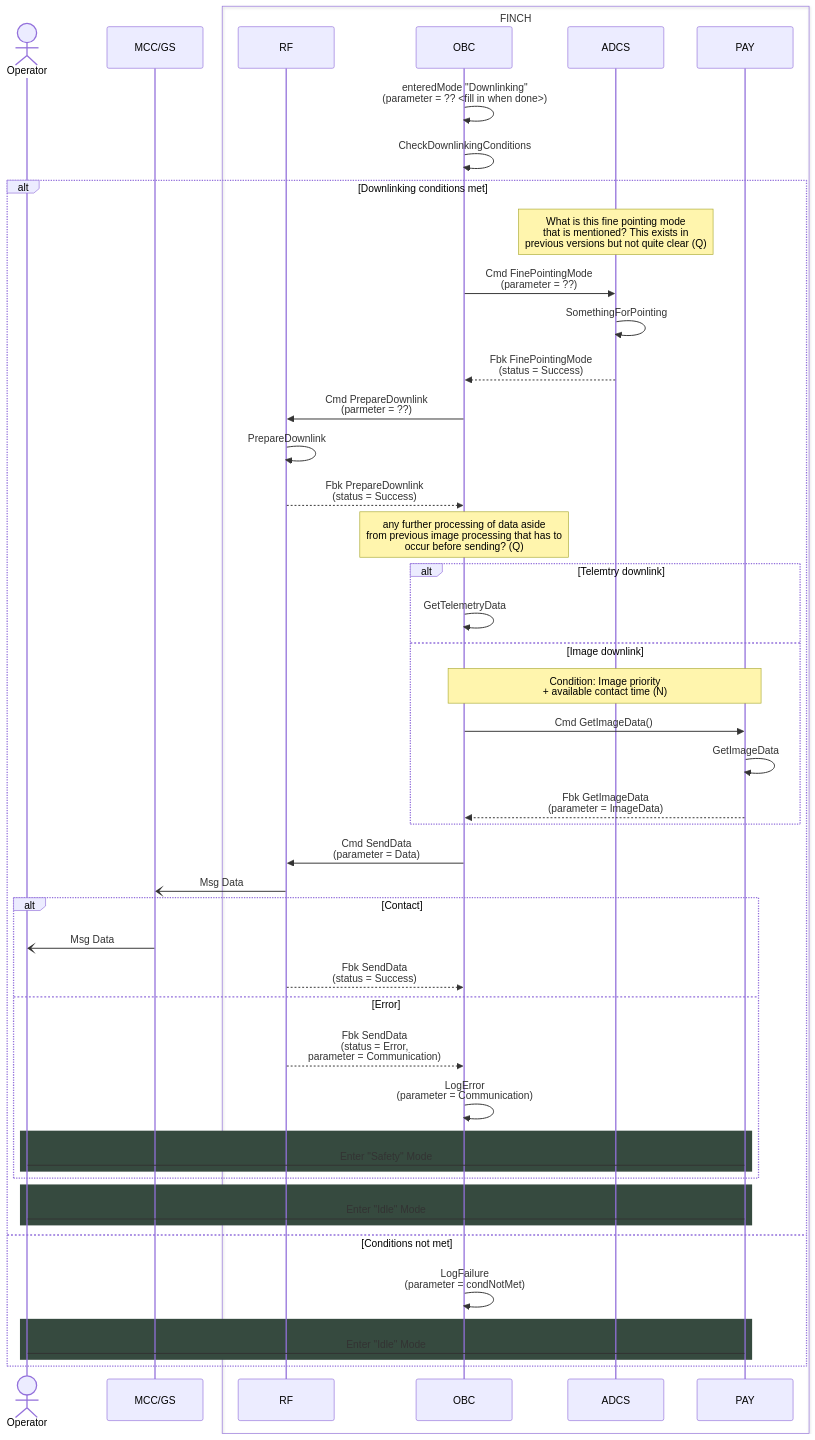
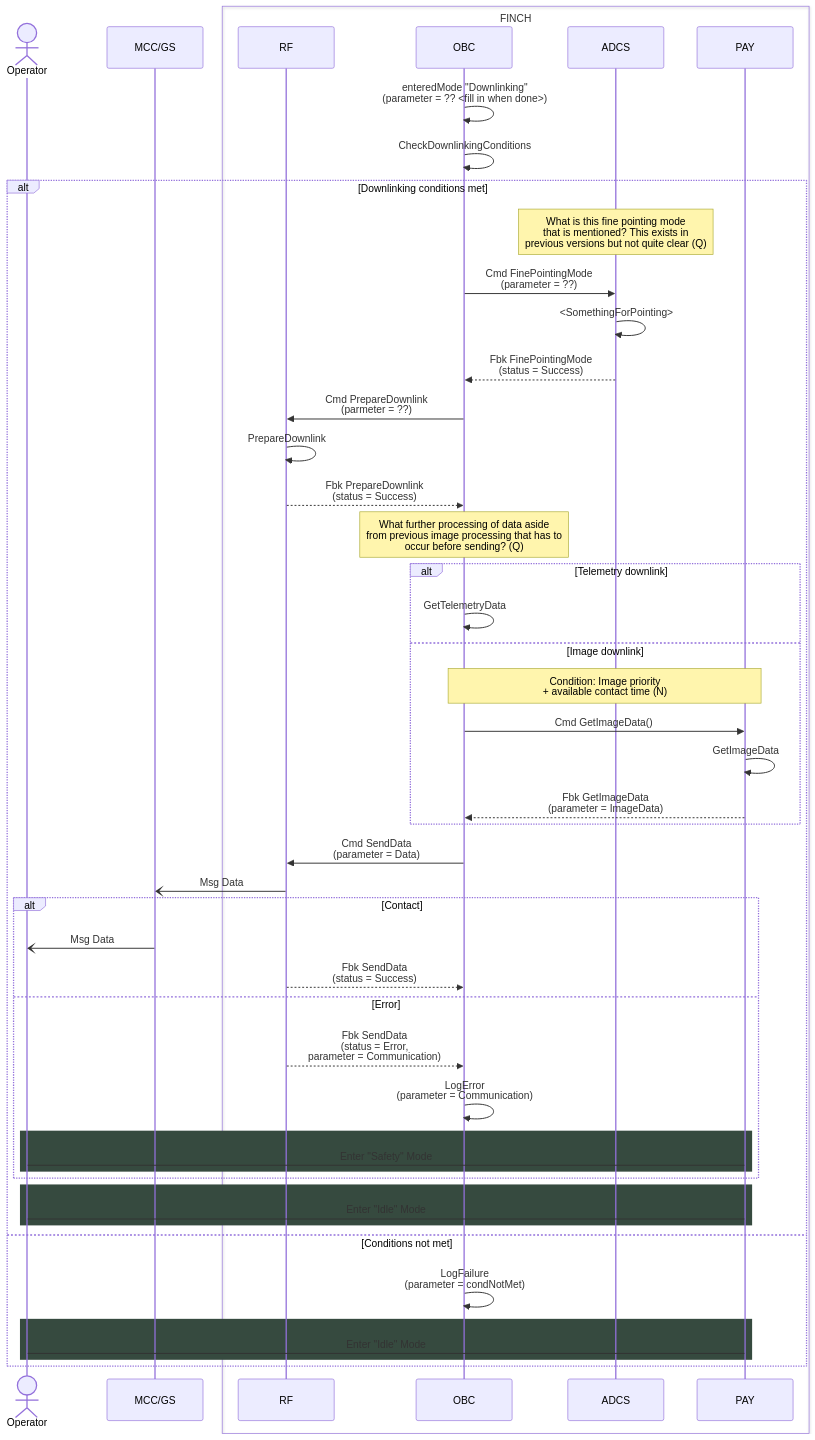
The diagram in command sequences/downlinking-command.md (Addy-lit/FINCH-system-architecture), drawn with Mermaid before and after one commit.

````diff
--- a/command sequences/downlinking-command.md
+++ b/command sequences/downlinking-command.md
@@ -2,60 +2,60 @@
 ```mermaid
 
 sequenceDiagram
 
     actor Operator
     participant MCC/GS
     box FINCH
         participant RF
         participant OBC
         participant ADCS
         participant PAY
     end
 
     OBC ->> OBC: enteredMode "Downlinking" <br> (parameter = ?? <fill in when done>)
     OBC ->> OBC: CheckDownlinkingConditions
 
     alt Downlinking conditions met
         note over ADCS: What is this fine pointing mode <br> that is mentioned? This exists in <br> previous versions but not quite clear (Q)
         OBC ->> ADCS: Cmd FinePointingMode <br> (parameter = ??)
-        ADCS ->> ADCS: SomethingForPointing
+        ADCS ->> ADCS: <SomethingForPointing>
         ADCS -->> OBC: Fbk FinePointingMode <br> (status = Success)
 
         OBC ->> RF: Cmd PrepareDownlink <br> (parmeter = ??)
         RF ->> RF: PrepareDownlink
         RF -->> OBC: Fbk PrepareDownlink <br> (status = Success)
 
-        note over OBC: any further processing of data aside <br> from previous image processing that has to <br> occur before sending? (Q)
-        alt Telemtry downlink
+        note over OBC: What further processing of data aside <br> from previous image processing that has to <br> occur before sending?  (Q)
+        alt Telemetry downlink
             OBC ->> OBC: GetTelemetryData
         else Image downlink
             note over OBC,PAY: Condition: Image priority <br> + available contact time (N)
             OBC ->> PAY: Cmd GetImageData()
             PAY ->> PAY: GetImageData
             PAY -->> OBC: Fbk GetImageData <br> (parameter = ImageData)
         end
 
         OBC ->> RF: Cmd SendData <br> (parameter = Data)
         RF -) MCC/GS: Msg Data
         alt Contact
             MCC/GS -) Operator: Msg Data
             RF -->> OBC: Fbk SendData <br> (status = Success)
         else Error
             RF -->> OBC: Fbk SendData <br> (status = Error, <br> parameter = Communication)
             OBC ->> OBC: LogError <br> (parameter = Communication)
             rect rgb(54,74,63)
                 Operator -> PAY: Enter "Safety" Mode
             end
         end
 
         rect rgb(54,74,63)
 	        Operator -> PAY: Enter "Idle" Mode
         end
     else Conditions not met
         OBC ->> OBC: LogFailure <br> (parameter = condNotMet)
         rect rgb(54,74,63)
 	        Operator -> PAY: Enter "Idle" Mode
         end
     end
 
 ```
````
